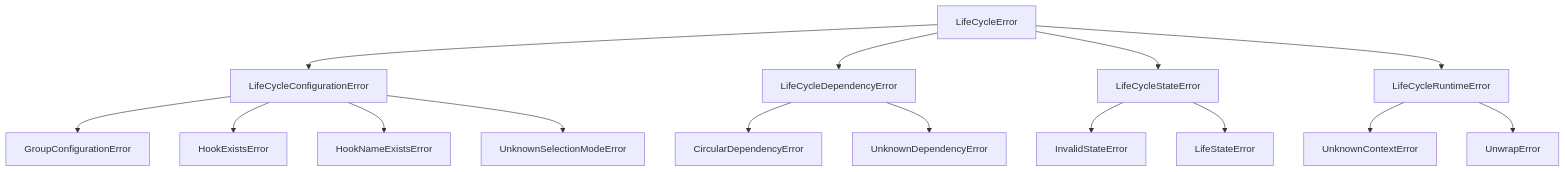
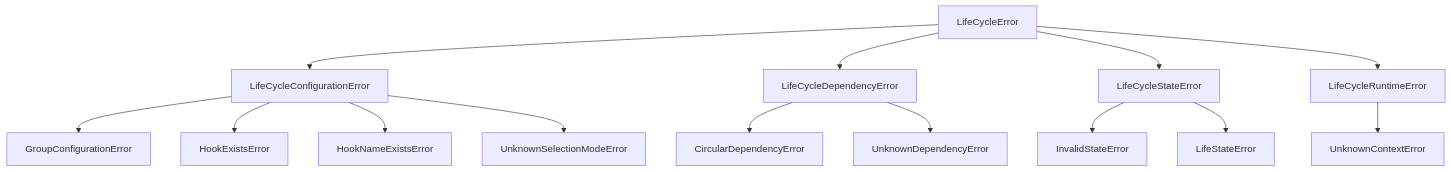
The diagram in README.md (Romana8192/lifecycle), drawn with Mermaid before and after one commit. The commit also changed other lines of this file and 10 other files, not shown here.

````diff
--- a/README.md
+++ b/README.md
@@ -242,21 +241,20 @@
 ```mermaid
 graph TD
     LifeCycleError --> LifeCycleConfigurationError
     LifeCycleError --> LifeCycleDependencyError
     LifeCycleError --> LifeCycleStateError
     LifeCycleError --> LifeCycleRuntimeError
 
     LifeCycleConfigurationError --> GroupConfigurationError
     LifeCycleConfigurationError --> HookExistsError
     LifeCycleConfigurationError --> HookNameExistsError
     LifeCycleConfigurationError --> UnknownSelectionModeError
 
     LifeCycleDependencyError --> CircularDependencyError
     LifeCycleDependencyError --> UnknownDependencyError
 
     LifeCycleStateError --> InvalidStateError
     LifeCycleStateError --> LifeStateError
 
     LifeCycleRuntimeError --> UnknownContextError
-    LifeCycleRuntimeError --> UnwrapError
 ```
````
